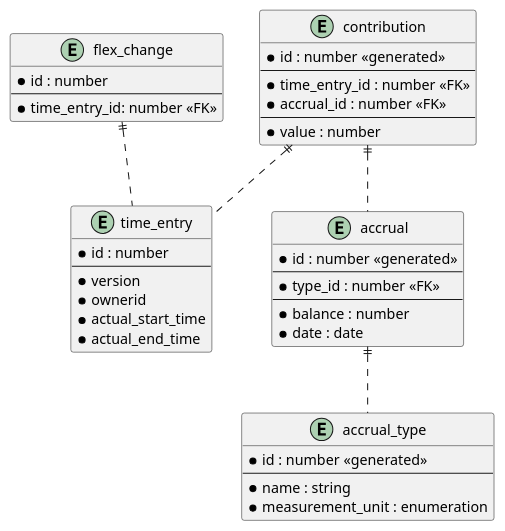
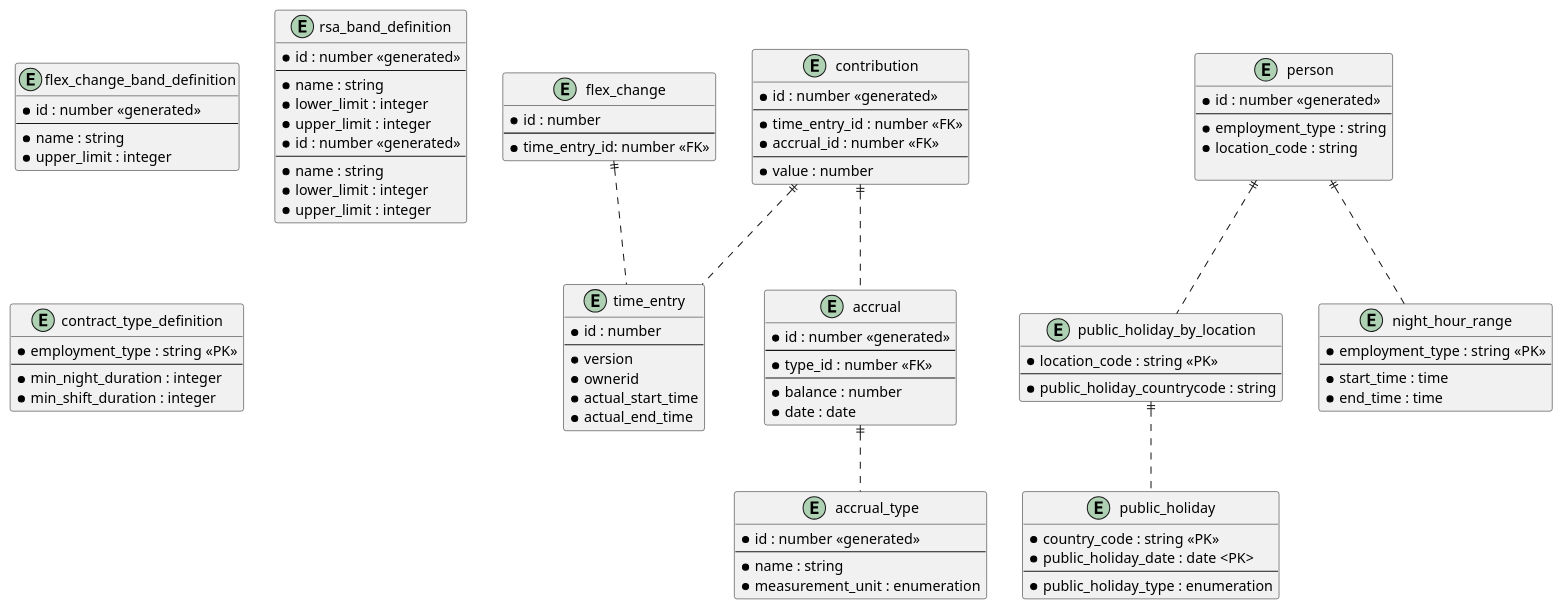
One commit to UKHomeOffice/callisto-accruals-restapi changed the diagram in docs/storage-model.puml. Above: the diagram before and after it, drawn with PlantUML.

Commit message:
added ref data

```diff
--- a/docs/storage-model.puml
+++ b/docs/storage-model.puml
@@ -1,47 +1,112 @@
 @startuml
 
 entity time_entry {
   * id : number
   --
   * version
   * ownerid
   * actual_start_time
   * actual_end_time
 }
 
 entity flex_change {
   * id : number
   --
   * time_entry_id: number <<FK>>
 }
 
 entity accrual {
   * id : number <<generated>>
   --
   * type_id : number <<FK>>
   --
   * balance : number
   * date : date
 }
 
 entity contribution {
   * id : number <<generated>>
   --
   * time_entry_id : number <<FK>>
   * accrual_id : number <<FK>>
   --
   * value : number
 }
 
 entity accrual_type {
   * id : number <<generated>>
   --
   * name : string
   * measurement_unit : enumeration
 }
+
 accrual ||.. accrual_type
 contribution ||.. accrual
 contribution ||.. time_entry
 flex_change ||.. time_entry
 
+entity person {
+  * id : number <<generated>>
+  --
+  * employment_type : string
+  * location_code : string
+  
+}
+
+entity public_holiday_by_location {
+  * location_code : string <<PK>>
+  --
+  * public_holiday_countrycode : string
+}
+
+entity public_holiday {
+  * country_code : string <<PK>>
+  * public_holiday_date : date <PK>
+  --
+  * public_holiday_type : enumeration
+}
+
+person ||.. public_holiday_by_location
+public_holiday_by_location ||.. public_holiday
+
+entity flex_change_band_definition {
+  * id : number <<generated>>
+  --
+  * name : string
+  * upper_limit : integer
+}
+  
+entity rsa_band_definition {
+  * id : number <<generated>>
+  --
+  * name : string
+  * lower_limit : integer
+  * upper_limit : integer
+}
+
+entity rsa_band_definition {
+  * id : number <<generated>>
+  --
+  * name : string
+  * lower_limit : integer
+  * upper_limit : integer
+}
+
+entity night_hour_range {
+  * employment_type : string <<PK>>
+  --
+  * start_time : time
+  * end_time : time
+}
+
+person ||.. night_hour_range
+
+entity contract_type_definition {
+  * employment_type : string <<PK>>
+  --
+  * min_night_duration : integer
+  * min_shift_duration : integer
+}
+
+
 @enduml
```
